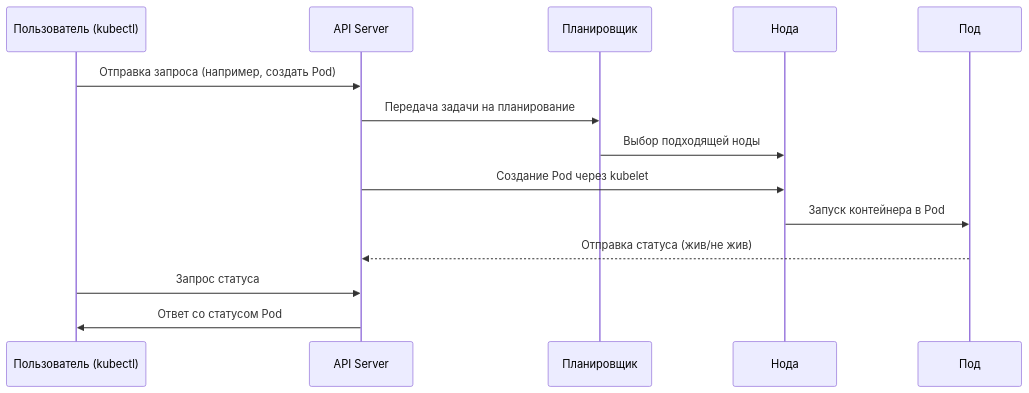
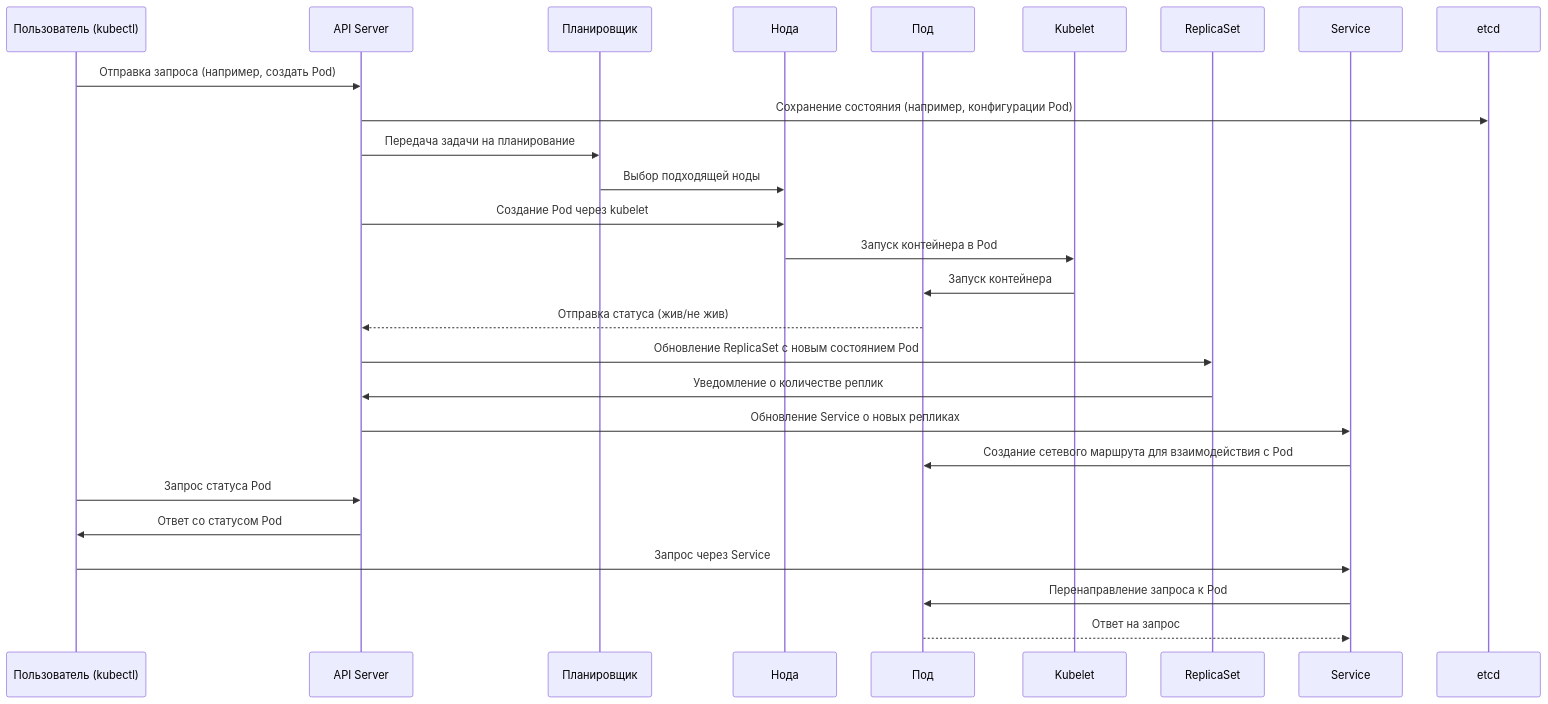
One commit to lamjob1993/kubernetes-monitoring changed the diagram in kubernetes/README.md. Above: the diagram before and after it, drawn with Mermaid. The commit also changed other lines of this file, not shown here.

````diff
--- a/kubernetes/README.md
+++ b/kubernetes/README.md
@@ -35,17 +35,30 @@
 ```mermaid
 sequenceDiagram
     participant User as Пользователь (kubectl)
     participant API as API Server
     participant Scheduler as Планировщик
     participant Node as Нода
     participant Pod as Под
+    participant Kubelet as Kubelet
+    participant ReplicaSet as ReplicaSet
+    participant Service as Service
+    participant Etcd as etcd
 
     User->>API: Отправка запроса (например, создать Pod)
+    API->>Etcd: Сохранение состояния (например, конфигурации Pod)
     API->>Scheduler: Передача задачи на планирование
     Scheduler->>Node: Выбор подходящей ноды
     API->>Node: Создание Pod через kubelet
-    Node->>Pod: Запуск контейнера в Pod
+    Node->>Kubelet: Запуск контейнера в Pod
+    Kubelet->>Pod: Запуск контейнера
     Pod-->>API: Отправка статуса (жив/не жив)
-    User->>API: Запрос статуса
+    API->>ReplicaSet: Обновление ReplicaSet с новым состоянием Pod
+    ReplicaSet->>API: Уведомление о количестве реплик
+    API->>Service: Обновление Service о новых репликах
+    Service->>Pod: Создание сетевого маршрута для взаимодействия с Pod
+    User->>API: Запрос статуса Pod
     API->>User: Ответ со статусом Pod
+    User->>Service: Запрос через Service
+    Service->>Pod: Перенаправление запроса к Pod
+    Pod-->>Service: Ответ на запрос
 ```
````
